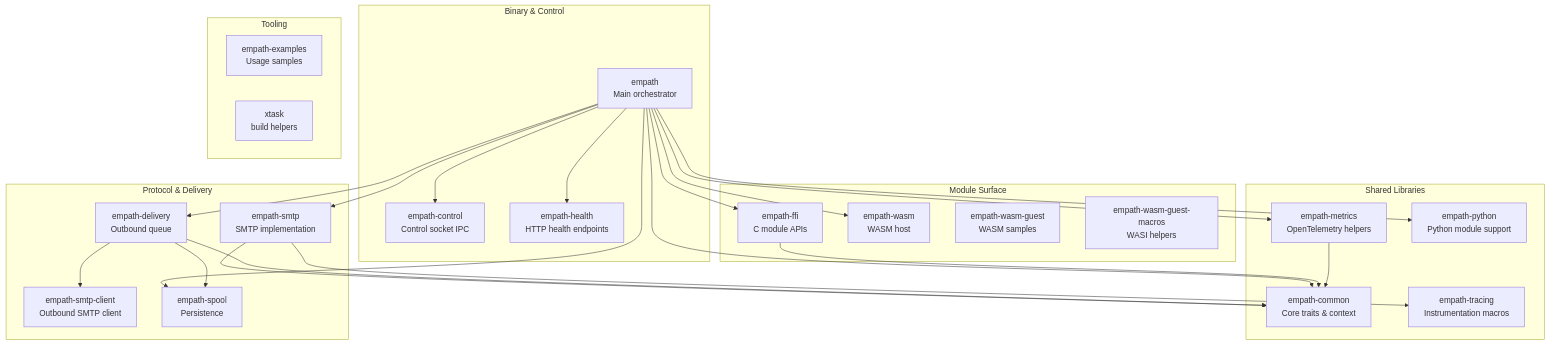
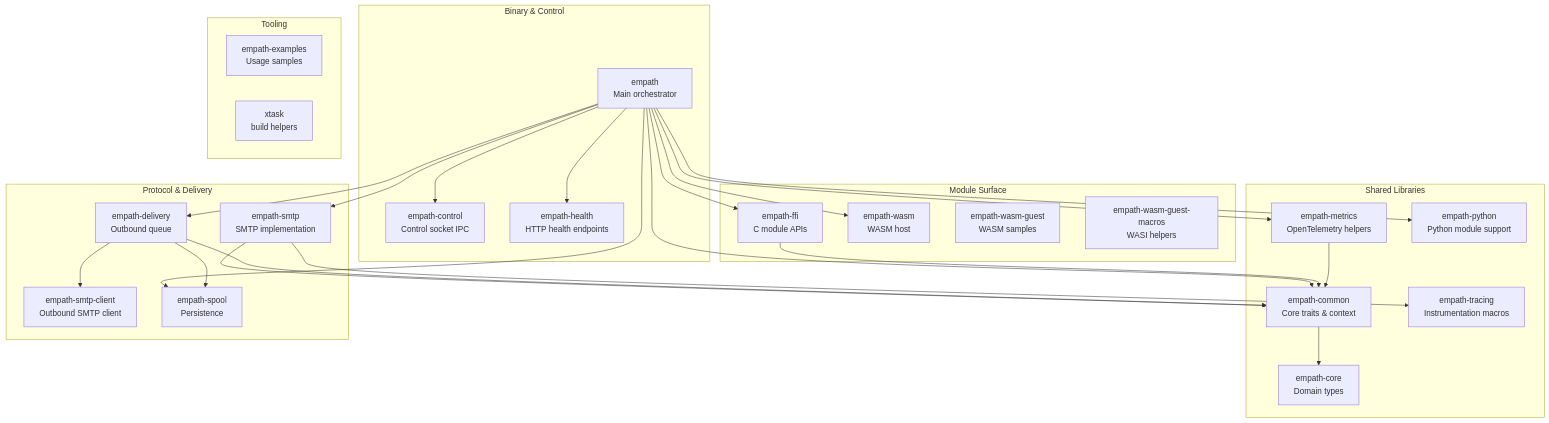
The second of 10 diagrams in docs/ARCHITECTURE.md (Pyxxilated-Studios/empath), drawn with Mermaid before and after one commit. The commit also changed other lines of this file and 4 other files, not shown here.

Commit message:
docs: Document empath-core split and observability flag

````diff
--- a/docs/ARCHITECTURE.md
+++ b/docs/ARCHITECTURE.md
@@ -71,53 +71,55 @@
 ```mermaid
 graph TD
     subgraph "Binary & Control"
         Main[empath<br/>Main orchestrator]
         Control[empath-control<br/>Control socket IPC]
         Health[empath-health<br/>HTTP health endpoints]
     end
 
     subgraph "Shared Libraries"
+        Core[empath-core<br/>Domain types]
         Common[empath-common<br/>Core traits & context]
         Tracing[empath-tracing<br/>Instrumentation macros]
         Metrics[empath-metrics<br/>OpenTelemetry helpers]
         Python[empath-python<br/>Python module support]
     end
 
     subgraph "Protocol & Delivery"
         SMTP[empath-smtp<br/>SMTP implementation]
         SmtpClient[empath-smtp-client<br/>Outbound SMTP client]
         Delivery[empath-delivery<br/>Outbound queue]
         Spool[empath-spool<br/>Persistence]
     end
 
     subgraph "Module Surface"
         FFI[empath-ffi<br/>C module APIs]
         WasmHost[empath-wasm<br/>WASM host]
         WasmGuest[empath-wasm-guest<br/>WASM samples]
         WasmMacros[empath-wasm-guest-macros<br/>WASI helpers]
     end
 
     subgraph "Tooling"
         Examples[empath-examples<br/>Usage samples]
         Xt[xtask<br/>build helpers]
     end
 
     Main --> Control
     Main --> Health
     Main --> Common
     Main --> SMTP
     Main --> Delivery
     Main --> Spool
     Main --> Metrics
     Main --> Python
     Main --> FFI
     Main --> WasmHost
 
     SMTP --> Common
+    Common --> Core
     SMTP --> Tracing
     Delivery --> Common
     Delivery --> SmtpClient
     Delivery --> Spool
     FFI --> Common
     Metrics --> Common
 ```
````
